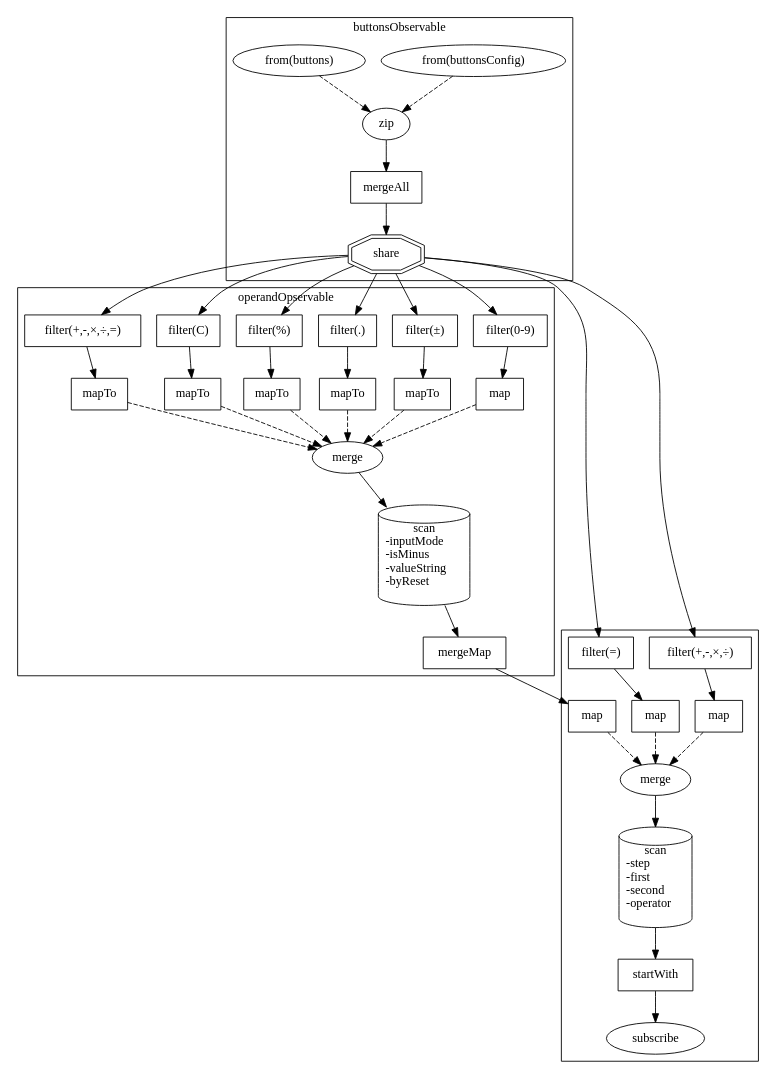
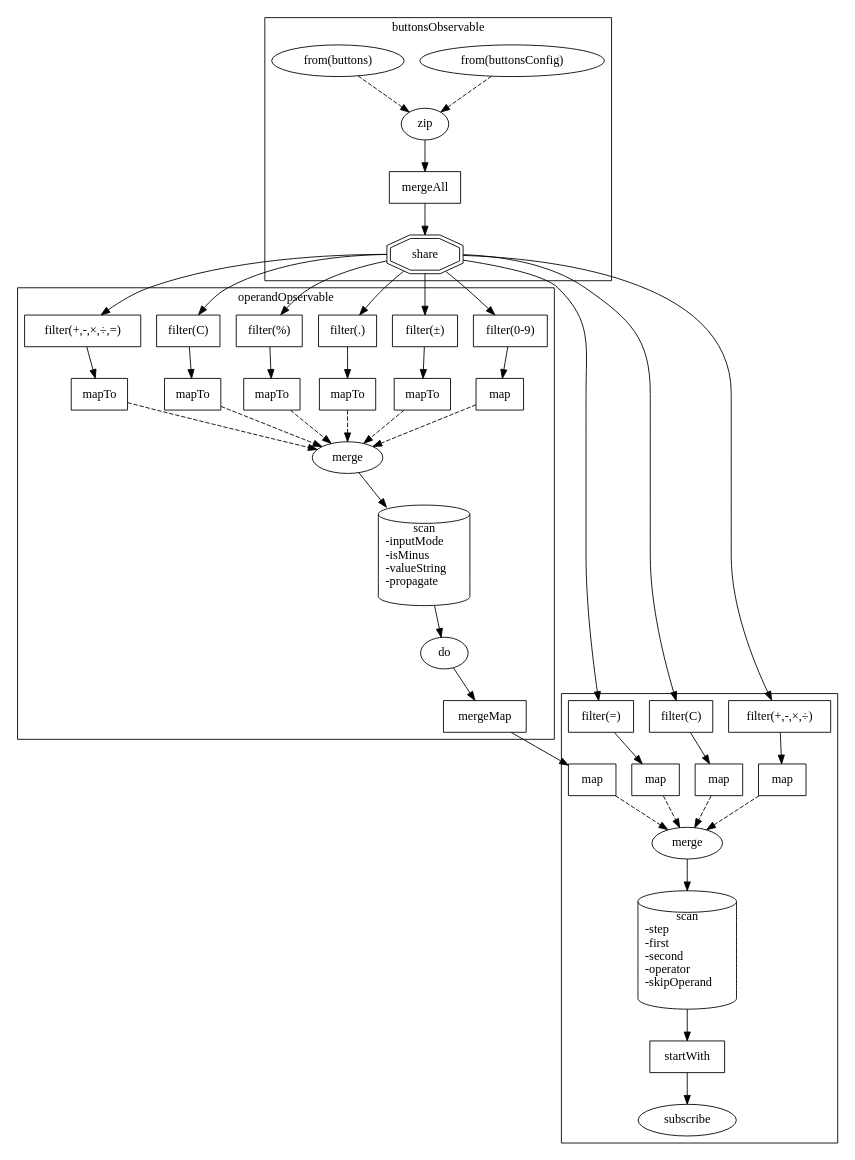
The diagram in docs/src-reactive-calculator/graphviz/calculator.dot (thatseeyou/jspm-typescript-examples), drawn with Graphviz before and after one commit. The commit also changed 5 other files, not shown here.

```diff
--- a/docs/src-reactive-calculator/graphviz/calculator.dot
+++ b/docs/src-reactive-calculator/graphviz/calculator.dot
@@ -1,113 +1,122 @@
 digraph calculator {
     node [shape=box]
 
     subgraph cluster_buttonsObservable {
         label="buttonsObservable"
         ordering=in
 
         "buttonsObservable.buttonsOb" [label="from(buttons)" shape="oval"]
         "buttonsObservable.buttonsConfigOb" [label="from(buttonsConfig)" shape="oval"]
 
         "buttonsObservable.zip" [label="zip" shape="oval"]
         "buttonsObservable.mergeAll" [label="mergeAll" shape="box"]
         "buttonsObservable" [label="share" shape="doubleoctagon"]
 
         {"buttonsObservable.buttonsOb", "buttonsObservable.buttonsConfigOb"} -> "buttonsObservable.zip" [style=dashed]
         "buttonsObservable.zip" -> "buttonsObservable.mergeAll"
         "buttonsObservable.mergeAll" -> "buttonsObservable"
     }
 
     subgraph cluster_operandObservable {
         label="operandOpservable"
         ordering=in
 
         subgraph resetFnOb {
             "resetFnOb.filter" [label="filter(+,-,×,÷,=)"]
             "resetFnOb" [label="mapTo"]
 
             buttonsObservable -> "resetFnOb.filter"
             "resetFnOb.filter" -> resetFnOb
         }
 
         subgraph clearFnOb {
             "clearFnOb.filter" [label="filter(C)"]
             clearFnOb [label="mapTo"]
 
             buttonsObservable -> "clearFnOb.filter"
             "clearFnOb.filter" -> clearFnOb
         }
 
         subgraph percentFnOb {
             "percentFnOb.filter" [label="filter(%)"]
             percentFnOb [label="mapTo"]
 
             buttonsObservable -> "percentFnOb.filter"
             "percentFnOb.filter" -> percentFnOb
         }
 
         subgraph pointFnOb {
             "pointFnOb.filter" [label="filter(.)"]
             pointFnOb [label="mapTo"]
 
             buttonsObservable -> "pointFnOb.filter"
             "pointFnOb.filter" -> pointFnOb
         }
 
         subgraph signFnOb {
             "signFnOb.filter" [label="filter(±)"]
             signFnOb [label="mapTo"]
 
             buttonsObservable -> "signFnOb.filter"
             "signFnOb.filter" -> signFnOb
         }
 
         subgraph numberFnOb {
             "numberFnOb.filter" [label="filter(0-9)"]
             numberFnOb [label="map"]
 
             buttonsObservable -> "numberFnOb.filter"
             "numberFnOb.filter" -> numberFnOb
         }
 
         "operandObservable.merge" [label="merge" shape="oval"]
-        "operandObservable.scan" [label="scan\n-inputMode\l-isMinus\l-valueString\l-byReset\l" shape=cylinder]
+        "operandObservable.scan" [label="scan\n-inputMode\l-isMinus\l-valueString\l-propagate\l" shape=cylinder]
+        "operandObservable.do" [label="do" shape="oval"]
         operandObservable [label="mergeMap"]
 
         {resetFnOb, clearFnOb, percentFnOb, pointFnOb, signFnOb, numberFnOb}
         -> "operandObservable.merge" [style=dashed]
         "operandObservable.merge"->"operandObservable.scan"
-        "operandObservable.scan"->operandObservable
+        "operandObservable.scan"->"operandObservable.do"
+        "operandObservable.do"->operandObservable
     }
 
     subgraph cluster_subscribe {
         ordering=in
 
         subgraph operand {
             operand [label="map"]
 
             operandObservable -> operand
         }
 
         subgraph enter {
             "enter.filter" [label="filter(=)"]
             enter [label="map"]
 
             buttonsObservable -> "enter.filter" -> enter
         }
 
+        subgraph clear {
+            "clear.filter" [label="filter(C)"]
+            clear [label="map"]
+
+            buttonsObservable -> "clear.filter" -> clear
+        }
+
         subgraph operator {
             "operator.filter" [label="filter(+,-,×,÷)"]
             operator [label="map"]
 
             buttonsObservable -> "operator.filter" -> operator
         }
 
-        "subscribe.scan" [label="scan\n-step\l-first\l-second\l-operator\l" shape="cylinder"]
+        "subscribe.scan" [label="scan\n-step\l-first\l-second\l-operator\l-skipOperand\l" shape="cylinder"]
         "subscribe.merge" [label="merge" shape="oval"]
         "subscribe.startWith" [label="startWith"]
         "subscribe.subscribe" [label="subscribe" shape="oval"]
 
-        {operand enter operator}->"subscribe.merge" [style=dashed]
+        {clear operand enter operator}->"subscribe.merge" [style=dashed]
         "subscribe.merge"->"subscribe.scan"->"subscribe.startWith"->"subscribe.subscribe"
     }
 }
```
